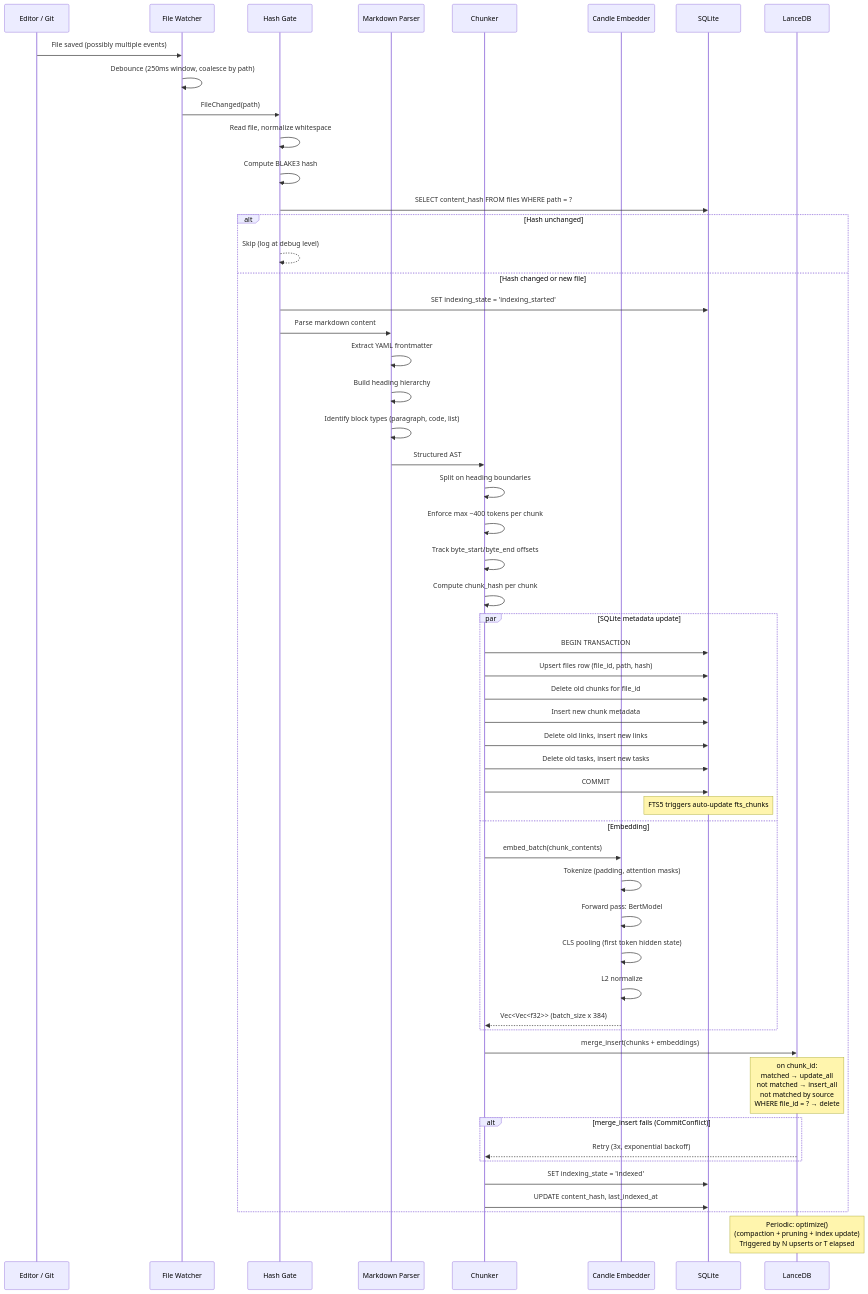
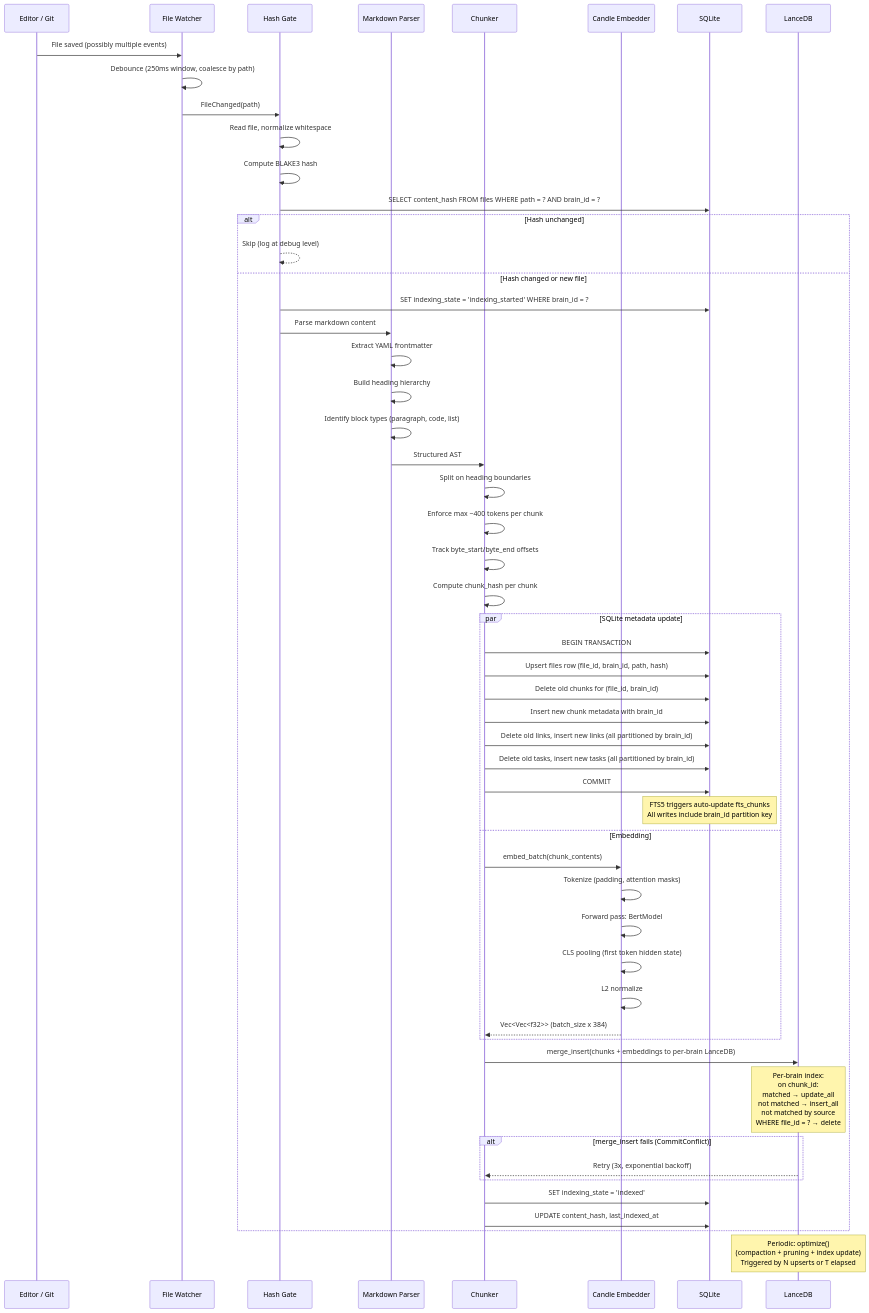
Before and after one commit to benediktms/brain: the third of 9 diagrams in docs/ARCHITECTURE.md, drawn with Mermaid. The commit also changed other lines of this file and 59 other files, not shown here.

````diff
--- a/docs/ARCHITECTURE.md
+++ b/docs/ARCHITECTURE.md
@@ -210,65 +213,65 @@
 ```mermaid
 sequenceDiagram
     participant Editor as Editor / Git
     participant FW as File Watcher
     participant HG as Hash Gate
     participant Parser as Markdown Parser
     participant Chunker as Chunker
     participant Emb as Candle Embedder
     participant DB as SQLite
     participant Vec as LanceDB
 
     Editor->>FW: File saved (possibly multiple events)
     FW->>FW: Debounce (250ms window, coalesce by path)
     FW->>HG: FileChanged(path)
 
     HG->>HG: Read file, normalize whitespace
     HG->>HG: Compute BLAKE3 hash
-    HG->>DB: SELECT content_hash FROM files WHERE path = ?
+    HG->>DB: SELECT content_hash FROM files WHERE path = ? AND brain_id = ?
     alt Hash unchanged
         HG-->>HG: Skip (log at debug level)
     else Hash changed or new file
-        HG->>DB: SET indexing_state = 'indexing_started'
+        HG->>DB: SET indexing_state = 'indexing_started' WHERE brain_id = ?
 
         HG->>Parser: Parse markdown content
         Parser->>Parser: Extract YAML frontmatter
         Parser->>Parser: Build heading hierarchy
         Parser->>Parser: Identify block types (paragraph, code, list)
 
         Parser->>Chunker: Structured AST
         Chunker->>Chunker: Split on heading boundaries
         Chunker->>Chunker: Enforce max ~400 tokens per chunk
         Chunker->>Chunker: Track byte_start/byte_end offsets
         Chunker->>Chunker: Compute chunk_hash per chunk
 
         par SQLite metadata update
             Chunker->>DB: BEGIN TRANSACTION
-            Chunker->>DB: Upsert files row (file_id, path, hash)
-            Chunker->>DB: Delete old chunks for file_id
-            Chunker->>DB: Insert new chunk metadata
-            Chunker->>DB: Delete old links, insert new links
-            Chunker->>DB: Delete old tasks, insert new tasks
+            Chunker->>DB: Upsert files row (file_id, brain_id, path, hash)
+            Chunker->>DB: Delete old chunks for (file_id, brain_id)
+            Chunker->>DB: Insert new chunk metadata with brain_id
+            Chunker->>DB: Delete old links, insert new links (all partitioned by brain_id)
+            Chunker->>DB: Delete old tasks, insert new tasks (all partitioned by brain_id)
             Chunker->>DB: COMMIT
-            Note over DB: FTS5 triggers auto-update fts_chunks
+            Note over DB: FTS5 triggers auto-update fts_chunks<br/>All writes include brain_id partition key
         and Embedding
             Chunker->>Emb: embed_batch(chunk_contents)
             Emb->>Emb: Tokenize (padding, attention masks)
             Emb->>Emb: Forward pass: BertModel
             Emb->>Emb: CLS pooling (first token hidden state)
             Emb->>Emb: L2 normalize
             Emb-->>Chunker: Vec<Vec<f32>> (batch_size x 384)
         end
 
-        Chunker->>Vec: merge_insert(chunks + embeddings)
-        Note over Vec: on chunk_id:<br/>matched → update_all<br/>not matched → insert_all<br/>not matched by source<br/>  WHERE file_id = ? → delete
+        Chunker->>Vec: merge_insert(chunks + embeddings to per-brain LanceDB)
+        Note over Vec: Per-brain index:<br/>on chunk_id:<br/>matched → update_all<br/>not matched → insert_all<br/>not matched by source<br/>  WHERE file_id = ? → delete
 
         alt merge_insert fails (CommitConflict)
             Vec-->>Chunker: Retry (3x, exponential backoff)
         end
 
         Chunker->>DB: SET indexing_state = 'indexed'
         Chunker->>DB: UPDATE content_hash, last_indexed_at
     end
 
     Note over Vec: Periodic: optimize()<br/>(compaction + pruning + index update)<br/>Triggered by N upserts or T elapsed
 ```
````
